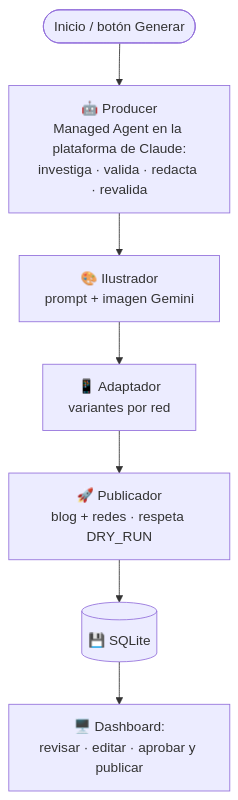
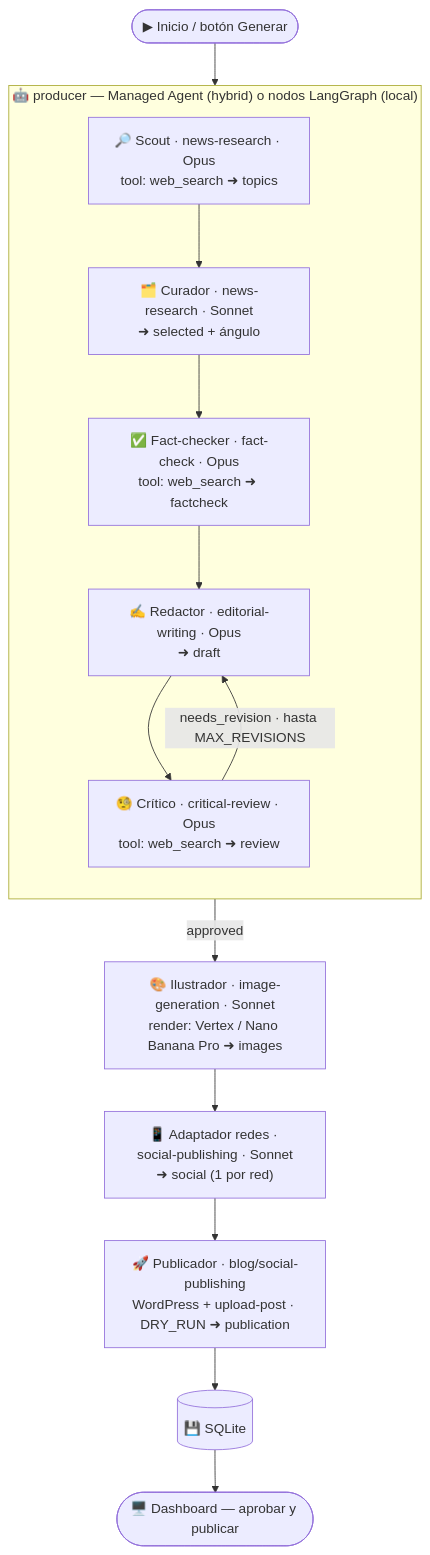
Before and after one commit to sredondomercuria/realestate-editorial-agents: the second of 2 diagrams in docs/01-arquitectura.md, drawn with Mermaid. The commit also changed other lines of this file and 1 other file, not shown here.

First line of the commit message:
docs: diagramas Mermaid (arquitectura + agentes) en README y 01, fix id reservado

````diff
--- a/docs/01-arquitectura.md
+++ b/docs/01-arquitectura.md
@@ -50,9 +105,19 @@
 ```mermaid
-flowchart TD
-    START([Inicio / botón Generar]) --> producer[🤖 Producer<br/>Managed Agent en la plataforma de Claude:<br/>investiga · valida · redacta · revalida]
-    producer --> illustrator[🎨 Ilustrador<br/>prompt + imagen Gemini]
-    illustrator --> social[📱 Adaptador<br/>variantes por red]
-    social --> publisher[🚀 Publicador<br/>blog + redes · respeta DRY_RUN]
-    publisher --> persist[(💾 SQLite)]
-    persist --> ui[🖥️ Dashboard:<br/>revisar · editar · aprobar y publicar]
+flowchart TB
+    START(["▶ Inicio / botón Generar"]) --> PROD
+    subgraph PROD["🤖 producer — Managed Agent (hybrid) o nodos LangGraph (local)"]
+      direction TB
+      scout["🔎 Scout · news-research · Opus<br/>tool: web_search ➜ topics"]
+      curator["🗂️ Curador · news-research · Sonnet<br/>➜ selected + ángulo"]
+      fact["✅ Fact-checker · fact-check · Opus<br/>tool: web_search ➜ factcheck"]
+      writer["✍️ Redactor · editorial-writing · Opus<br/>➜ draft"]
+      critic["🧐 Crítico · critical-review · Opus<br/>tool: web_search ➜ review"]
+      scout --> curator --> fact --> writer --> critic
+      critic -->|"needs_revision · hasta MAX_REVISIONS"| writer
+    end
+    PROD -->|"approved"| illus["🎨 Ilustrador · image-generation · Sonnet<br/>render: Vertex / Nano Banana Pro ➜ images"]
+    illus --> socn["📱 Adaptador redes · social-publishing · Sonnet<br/>➜ social (1 por red)"]
+    socn --> pubn["🚀 Publicador · blog/social-publishing<br/>WordPress + upload-post · DRY_RUN ➜ publication"]
+    pubn --> persist[("💾 SQLite")]
+    persist --> uin(["🖥️ Dashboard — aprobar y publicar"])
 ```
````
